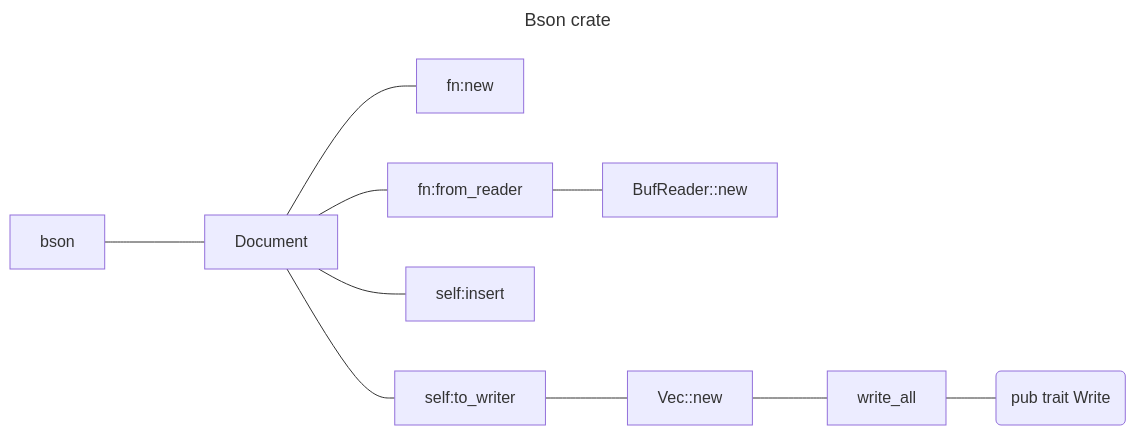
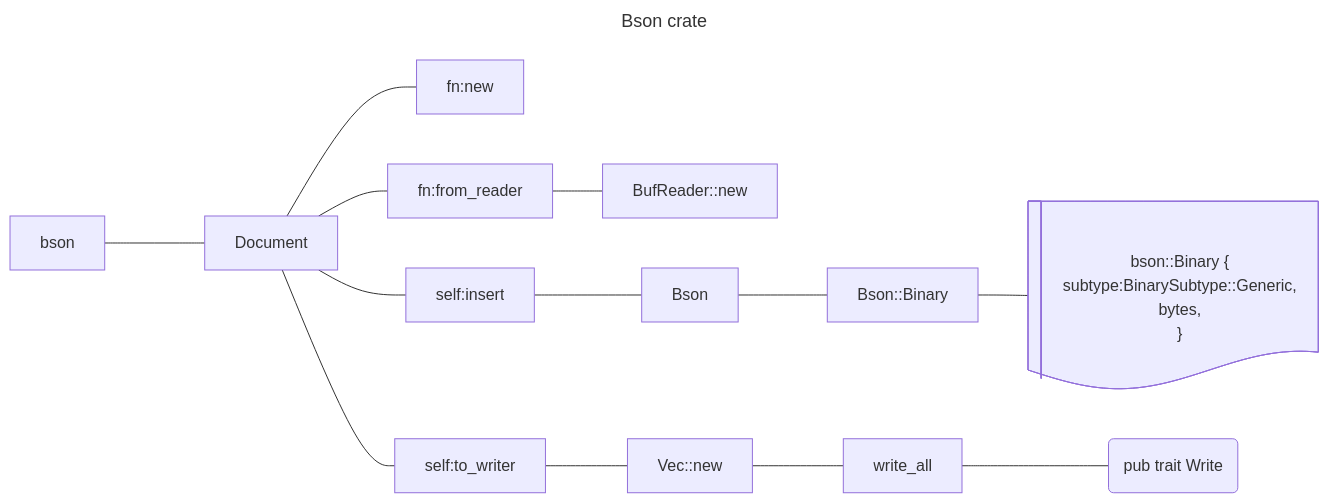
Before and after one commit to softtiny/docs.bita: the second of 2 diagrams in markdowns/notes/bson-todos.md, drawn with Mermaid.

Commit message:
:construction: Work in progress.

````diff
--- a/markdowns/notes/bson-todos.md
+++ b/markdowns/notes/bson-todos.md
@@ -16,12 +16,18 @@
 ```mermaid
 ---
 title: Bson crate
 ---
 
 flowchart LR
+    bin_struct@{ shape: lin-doc, label: "
+        bson::Binary {
+            subtype:BinarySubtype::Generic,
+            bytes,
+        } 
+    " }
     bson ---- Document
     Document --- fn:new
     Document --- fn:from_reader --- BufReader::new
-    Document --- self:insert
+    Document --- self:insert --- Bson --- Bson::Binary  --- bin_struct
     Document --- self:to_writer --- Vec::new --- write_all --- write(pub trait Write)
 ```
````
